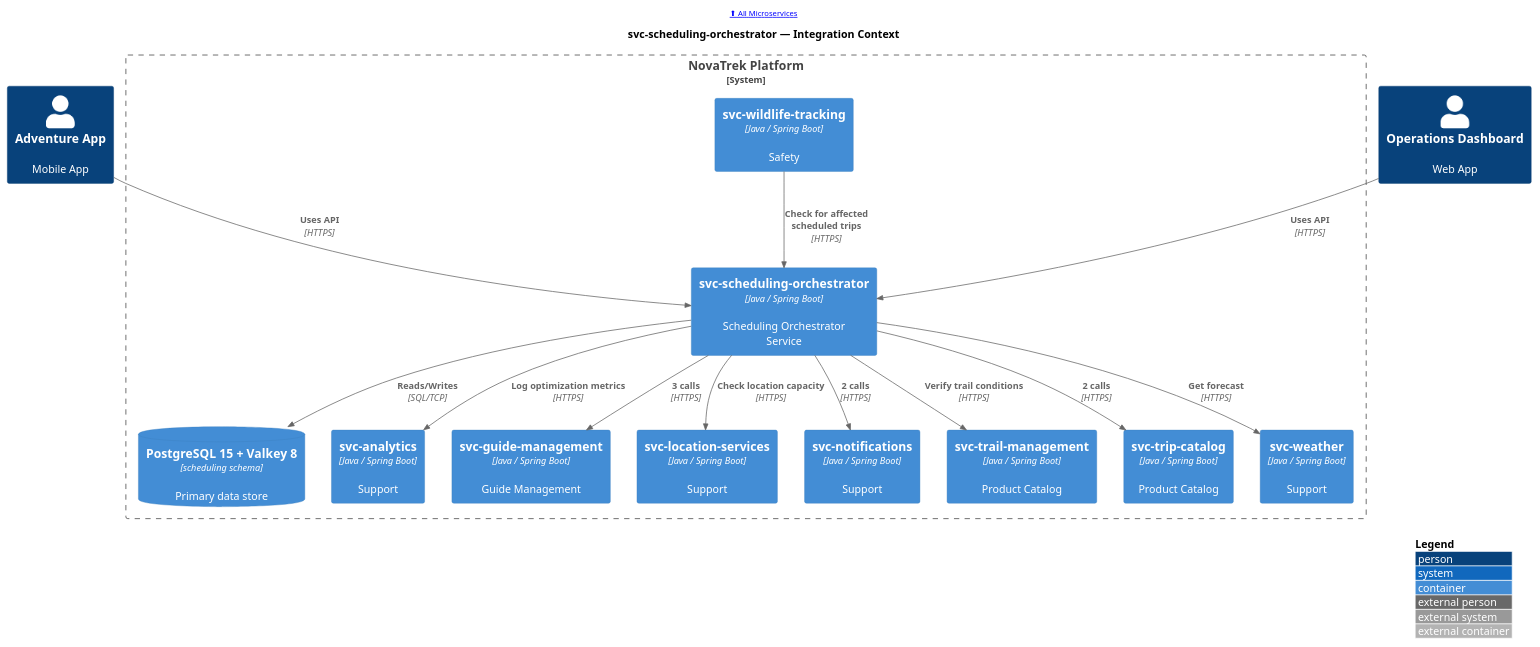
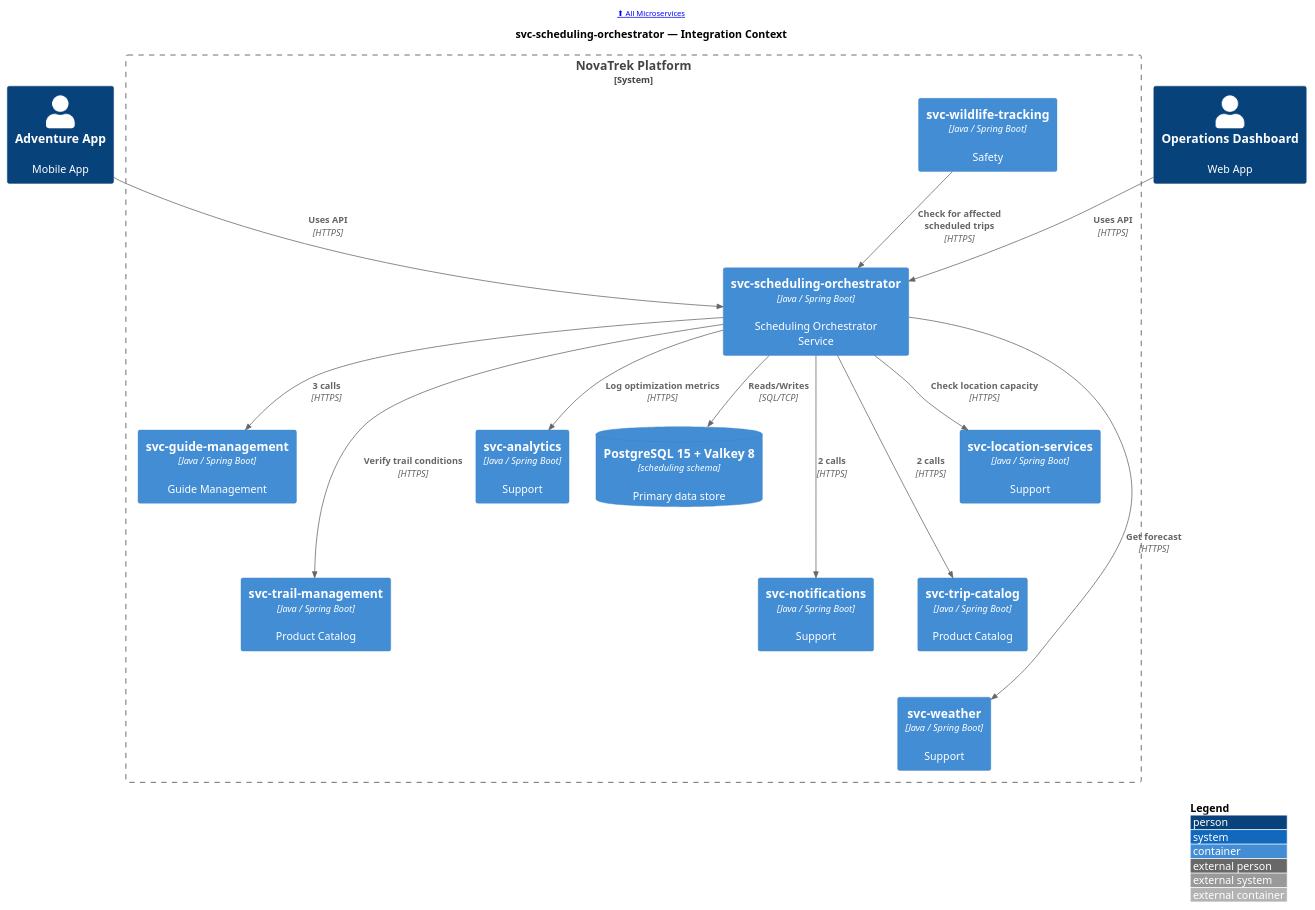
One commit to christopherblaisdell/continuous-architecture-platform-poc changed the diagram in portal/docs/microservices/puml/svc-scheduling-orchestrator--c4-context.puml. Above: the diagram before and after it, drawn with PlantUML. The commit also changed 22 other files, not shown here.

First line of the commit message:
fix: restructure event-flow and C4 context diagram layouts for better aspect ratios

```diff
--- a/portal/docs/microservices/puml/svc-scheduling-orchestrator--c4-context.puml
+++ b/portal/docs/microservices/puml/svc-scheduling-orchestrator--c4-context.puml
@@ -1,40 +1,47 @@
 @startuml
 !include <c4/C4_Container>
 
 LAYOUT_WITH_LEGEND()
 LAYOUT_TOP_DOWN()
 
 header [[/microservices/ ⬆ All Microservices]]
 
 title svc-scheduling-orchestrator — Integration Context
 
 Person(app_guest_mobile, "Adventure App", "Mobile App", $link="/applications/app-guest-mobile/#service-dependencies")
 Person(web_ops_dashboard, "Operations Dashboard", "Web App", $link="/applications/web-ops-dashboard/#service-dependencies")
 
 System_Boundary(boundary, "NovaTrek Platform") {
     Container(svc_scheduling_orchestrator, "svc-scheduling-orchestrator", "Java / Spring Boot", "Scheduling Orchestrator Service", $link="/microservices/svc-scheduling-orchestrator/")
     ContainerDb(svc_scheduling_orchestrator_db, "PostgreSQL 15 + Valkey 8", "scheduling schema", "Primary data store", $link="/microservices/svc-scheduling-orchestrator/#data-store")
     Container(svc_wildlife_tracking, "svc-wildlife-tracking", "Java / Spring Boot", "Safety", $link="/microservices/svc-wildlife-tracking/#integration-context")
     Container(svc_analytics, "svc-analytics", "Java / Spring Boot", "Support", $link="/microservices/svc-analytics/#integration-context")
     Container(svc_guide_management, "svc-guide-management", "Java / Spring Boot", "Guide Management", $link="/microservices/svc-guide-management/#integration-context")
     Container(svc_location_services, "svc-location-services", "Java / Spring Boot", "Support", $link="/microservices/svc-location-services/#integration-context")
     Container(svc_notifications, "svc-notifications", "Java / Spring Boot", "Support", $link="/microservices/svc-notifications/#integration-context")
     Container(svc_trail_management, "svc-trail-management", "Java / Spring Boot", "Product Catalog", $link="/microservices/svc-trail-management/#integration-context")
     Container(svc_trip_catalog, "svc-trip-catalog", "Java / Spring Boot", "Product Catalog", $link="/microservices/svc-trip-catalog/#integration-context")
     Container(svc_weather, "svc-weather", "Java / Spring Boot", "Support", $link="/microservices/svc-weather/#integration-context")
 }
 
 
 Rel(app_guest_mobile, svc_scheduling_orchestrator, "Uses API", "HTTPS")
 Rel(web_ops_dashboard, svc_scheduling_orchestrator, "Uses API", "HTTPS")
 Rel(svc_wildlife_tracking, svc_scheduling_orchestrator, "Check for affected scheduled trips", "HTTPS")
 Rel(svc_scheduling_orchestrator, svc_scheduling_orchestrator_db, "Reads/Writes", "SQL/TCP")
 Rel(svc_scheduling_orchestrator, svc_analytics, "Log optimization metrics", "HTTPS")
 Rel(svc_scheduling_orchestrator, svc_guide_management, "3 calls", "HTTPS")
 Rel(svc_scheduling_orchestrator, svc_location_services, "Check location capacity", "HTTPS")
 Rel(svc_scheduling_orchestrator, svc_notifications, "2 calls", "HTTPS")
 Rel(svc_scheduling_orchestrator, svc_trail_management, "Verify trail conditions", "HTTPS")
 Rel(svc_scheduling_orchestrator, svc_trip_catalog, "2 calls", "HTTPS")
 Rel(svc_scheduling_orchestrator, svc_weather, "Get forecast", "HTTPS")
 
+' Layout hints: stack peers in columns
+Lay_D(svc_wildlife_tracking, svc_location_services)
+Lay_D(svc_analytics, svc_notifications)
+Lay_D(svc_guide_management, svc_trail_management)
+Lay_D(svc_location_services, svc_trip_catalog)
+Lay_D(svc_notifications, svc_weather)
+
 @enduml
```
